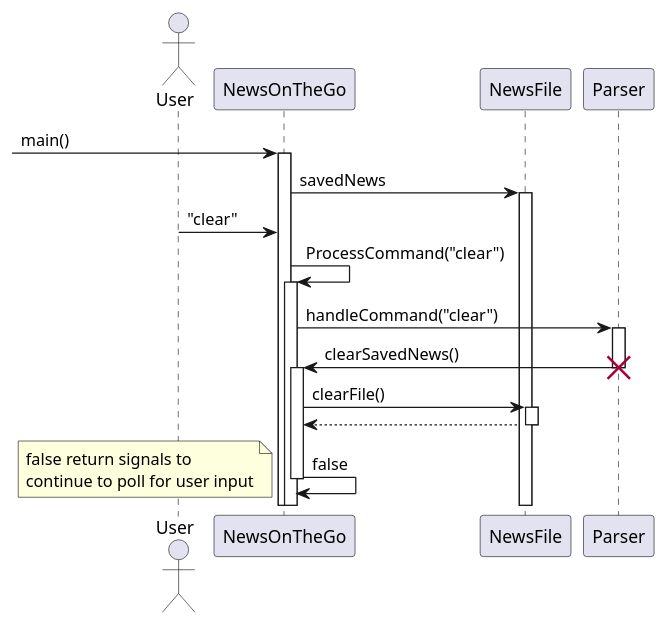
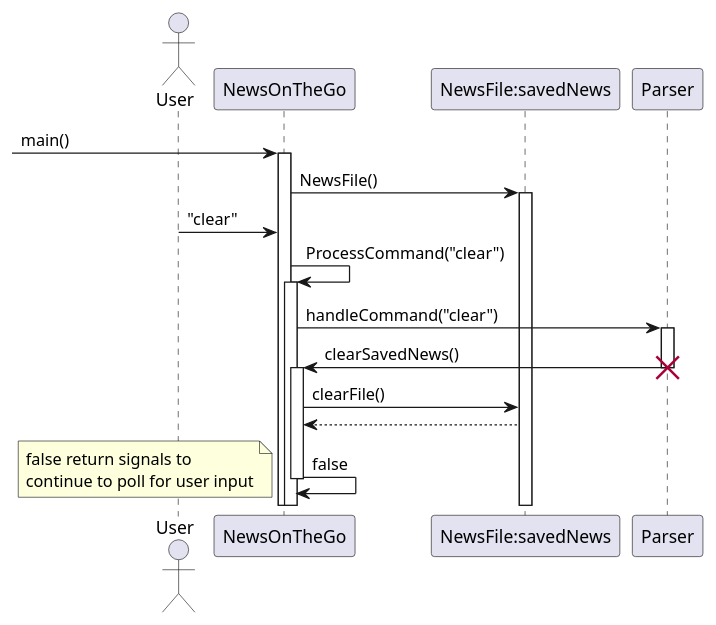
One commit to AhmedShaiyan/tp changed the diagram in docs/UML_Diagrams/example_scenario.puml. Above: the diagram before and after it, drawn with PlantUML. The commit also changed 5 other files, not shown here.

```diff
--- a/docs/UML_Diagrams/example_scenario.puml
+++ b/docs/UML_Diagrams/example_scenario.puml
@@ -1,37 +1,36 @@
 @startuml
 'https://plantuml.com/sequence-diagram
 actor User
 
 -> NewsOnTheGo: main()
 activate NewsOnTheGo
-NewsOnTheGo-> NewsFile: savedNews
-activate NewsFile
+NewsOnTheGo-> "NewsFile:savedNews": NewsFile()
+activate "NewsFile:savedNews"
 
 User->NewsOnTheGo : "clear"
 
 NewsOnTheGo->NewsOnTheGo: ProcessCommand("clear")
 activate NewsOnTheGo
 
 NewsOnTheGo->Parser: handleCommand("clear")
 activate Parser
 
 Parser->NewsOnTheGo: clearSavedNews()
 deactivate Parser
 destroy Parser
 activate NewsOnTheGo
-NewsOnTheGo->NewsFile: clearFile()
-activate NewsFile
-NewsFile-->NewsOnTheGo
-deactivate NewsFile
+NewsOnTheGo->"NewsFile:savedNews": clearFile()
+
+"NewsFile:savedNews"-->NewsOnTheGo
 
 
 
 NewsOnTheGo->NewsOnTheGo: false
 note left
 false return signals to
 continue to poll for user input
 end note
 deactivate NewsOnTheGo
 
 
 @enduml
```
